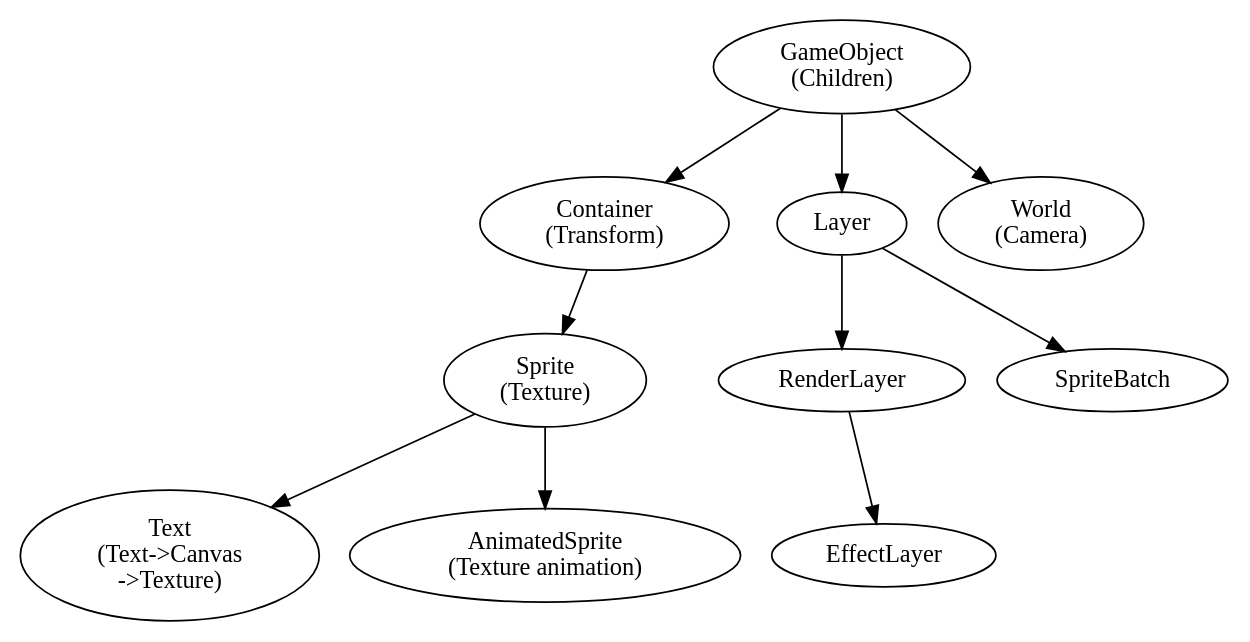
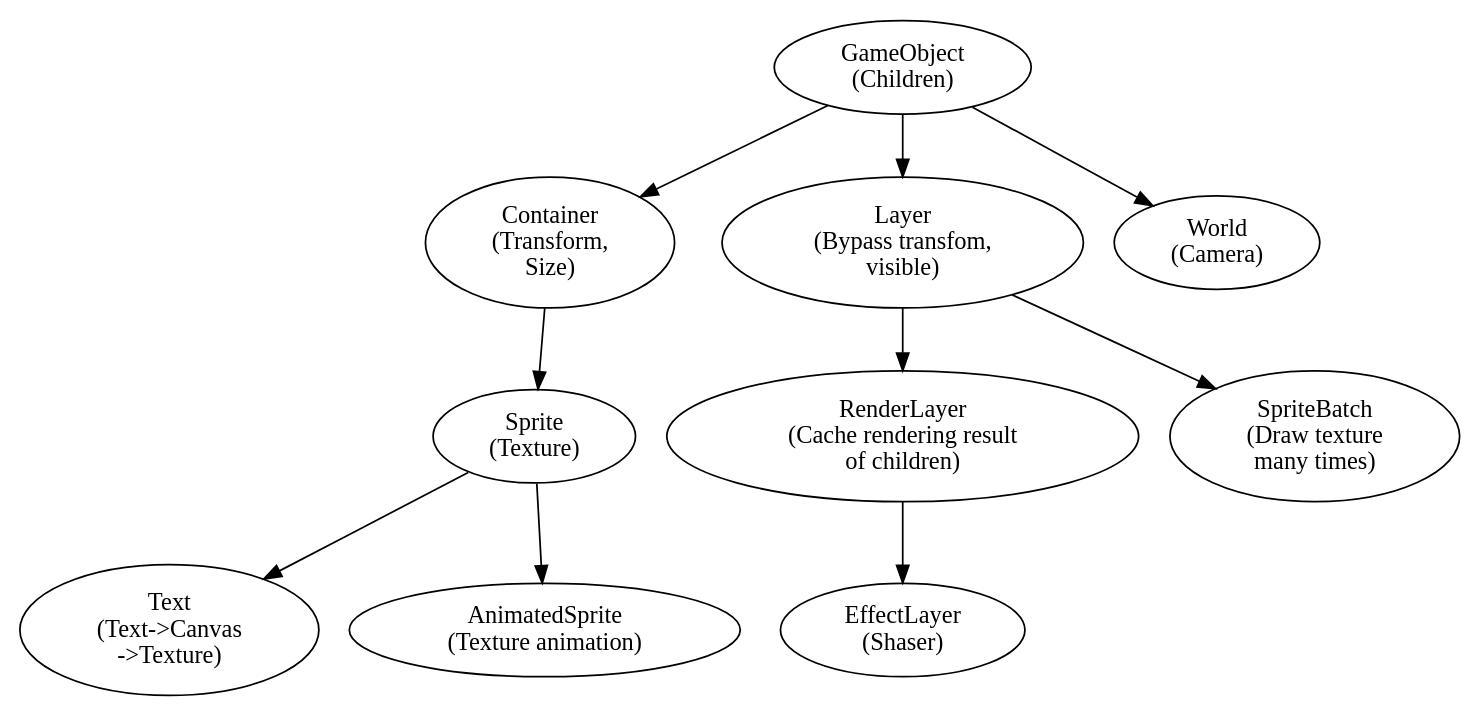
The diagram in doc/source/gameobject/class-tree.dot (rexrainbow/phaser4-rex-plugins), drawn with Graphviz before and after one commit. The commit also changed 49 other files, not shown here.

```diff
--- a/doc/source/gameobject/class-tree.dot
+++ b/doc/source/gameobject/class-tree.dot
@@ -1,23 +1,23 @@
 digraph ClassTree {
     GameObject[label="GameObject\n(Children)"]
-    Container[label="Container\n(Transform)"]
+    Container[label="Container\n(Transform,\nSize)"]
     Sprite[label="Sprite\n(Texture)"]
     Text[label="Text\n(Text->Canvas\n->Texture)"]
     AnimatedSprite[label="AnimatedSprite\n(Texture animation)"]
     
-    GOLayer[label="Layer"]
-    RenderLayer[label="RenderLayer"]
-    EffectLayer[label="EffectLayer"]
-    SpriteBatch[label="SpriteBatch"]
+    GOLayer[label="Layer\n(Bypass transfom,\nvisible)"]
+    RenderLayer[label="RenderLayer\n(Cache rendering result \nof children)"]
+    EffectLayer[label="EffectLayer\n(Shaser)"]
+    SpriteBatch[label="SpriteBatch\n(Draw texture\nmany times)"]
     
     World[label="World\n(Camera)"]
 
 
     GameObject -> Container -> Sprite -> {AnimatedSprite,Text}
      
     GameObject -> GOLayer -> RenderLayer -> EffectLayer
     GOLayer -> SpriteBatch
     
     
     GameObject -> World
 }
```
